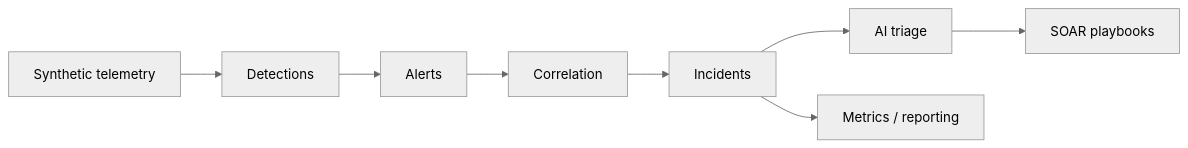
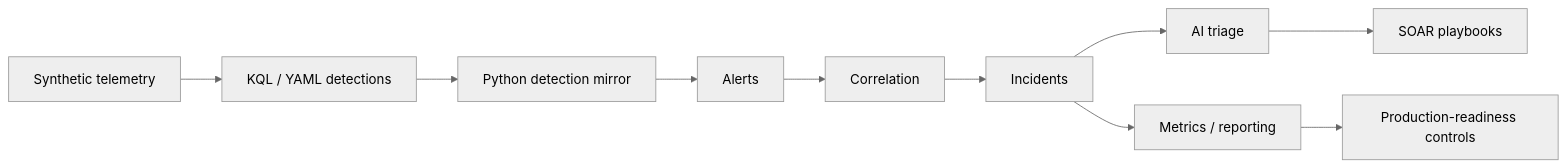
Before and after one commit to Mayankv2001/azure-identity-soar-lab: the diagram in README.md, drawn with Mermaid (neutral theme). The commit also changed other lines of this file, not shown here.

Commit message:
Update README for live lab deployment and production readiness

````diff
--- a/README.md
+++ b/README.md
@@ -104,10 +104,12 @@
 ```mermaid
 flowchart LR
-    A["Synthetic telemetry"] --> B["Detections"]
-    B --> C["Alerts"]
-    C --> D["Correlation"]
-    D --> E["Incidents"]
-    E --> F["AI triage"]
-    F --> G["SOAR playbooks"]
-    E --> H["Metrics / reporting"]
+    A["Synthetic telemetry"] --> B["KQL / YAML detections"]
+    B --> C["Python detection mirror"]
+    C --> D["Alerts"]
+    D --> E["Correlation"]
+    E --> F["Incidents"]
+    F --> G["AI triage"]
+    G --> H["SOAR playbooks"]
+    F --> I["Metrics / reporting"]
+    I --> J["Production-readiness controls"]
 ```
````
